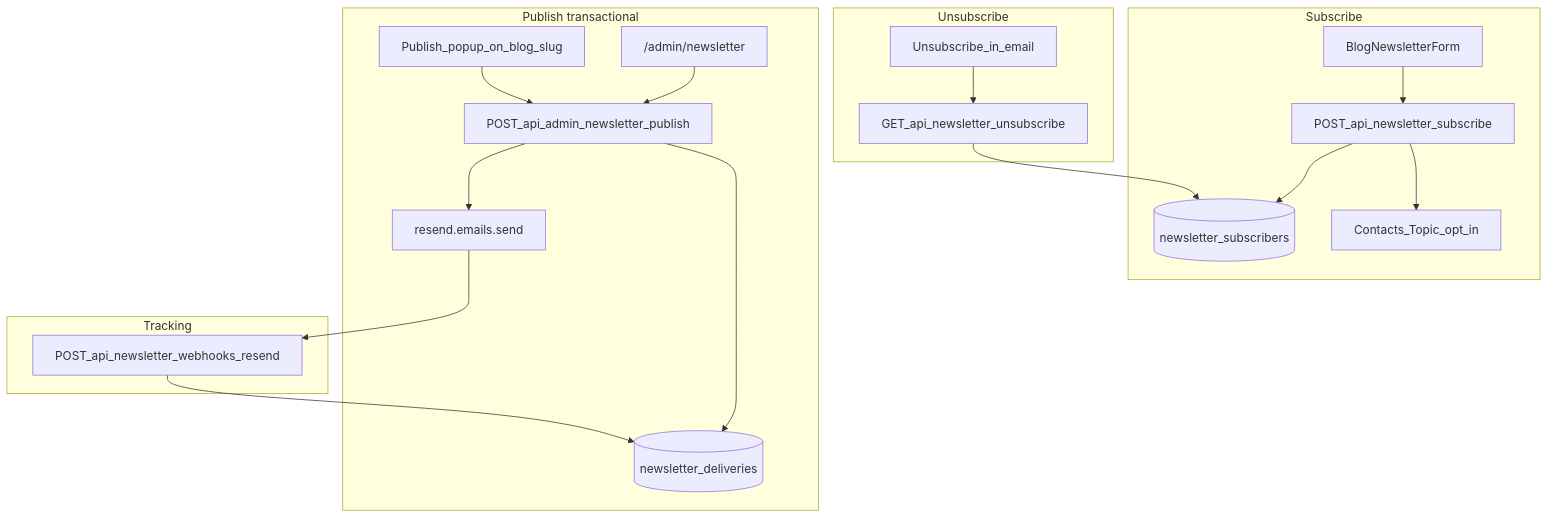
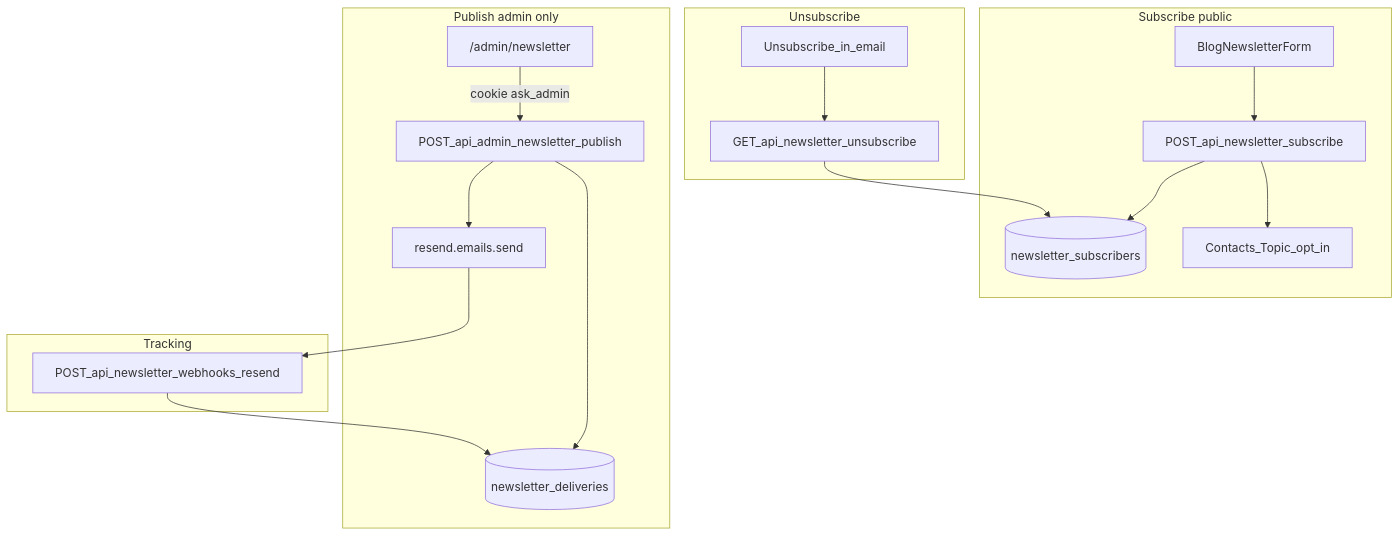
Before and after one commit to chunhuduc/chunhuduc.com: the diagram in .cursor/plans/newsletter_resend_integration_aedb700f.plan.md, drawn with Mermaid. The commit also changed other lines of this file and 11 other files, not shown here.

````diff
--- a/.cursor/plans/newsletter_resend_integration_aedb700f.plan.md
+++ b/.cursor/plans/newsletter_resend_integration_aedb700f.plan.md
@@ -88,33 +90,31 @@
 ```mermaid
 flowchart TB
-  subgraph subscribe [Subscribe]
+  subgraph subscribe [Subscribe public]
     Form[BlogNewsletterForm]
     SubAPI[POST_api_newsletter_subscribe]
     Subscribers[(newsletter_subscribers)]
     Form --> SubAPI --> Subscribers
     SubAPI --> ResendContact[Contacts_Topic_opt_in]
   end
 
-  subgraph publish [Publish transactional]
+  subgraph publish [Publish admin only]
     AdminHub["/admin/newsletter"]
-    BlogPopup[Publish_popup_on_blog_slug]
     PubAPI[POST_api_admin_newsletter_publish]
     Deliveries[(newsletter_deliveries)]
-    AdminHub --> PubAPI
-    BlogPopup --> PubAPI
+    AdminHub -->|"cookie ask_admin"| PubAPI
     PubAPI --> Deliveries
     PubAPI --> ResendSend["resend.emails.send"]
   end
 
   subgraph tracking [Tracking]
     Webhook[POST_api_newsletter_webhooks_resend]
     ResendSend --> Webhook
     Webhook --> Deliveries
   end
 
   subgraph unsub [Unsubscribe]
     EmailLink[Unsubscribe_in_email]
     UnsubAPI[GET_api_newsletter_unsubscribe]
     EmailLink --> UnsubAPI --> Subscribers
   end
 ```
````
